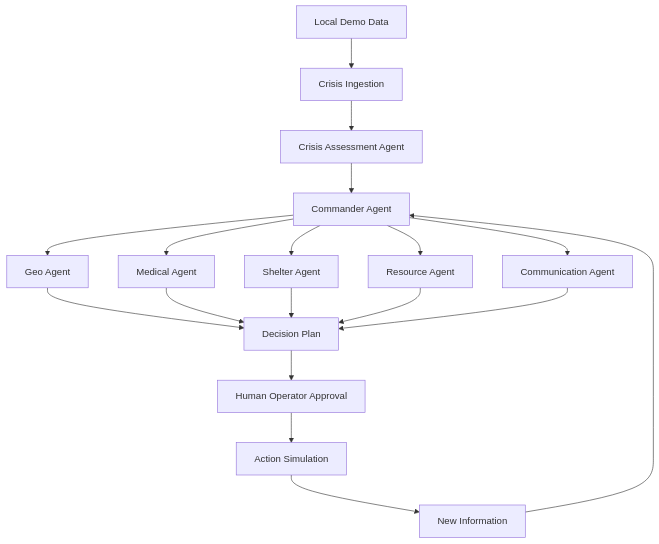
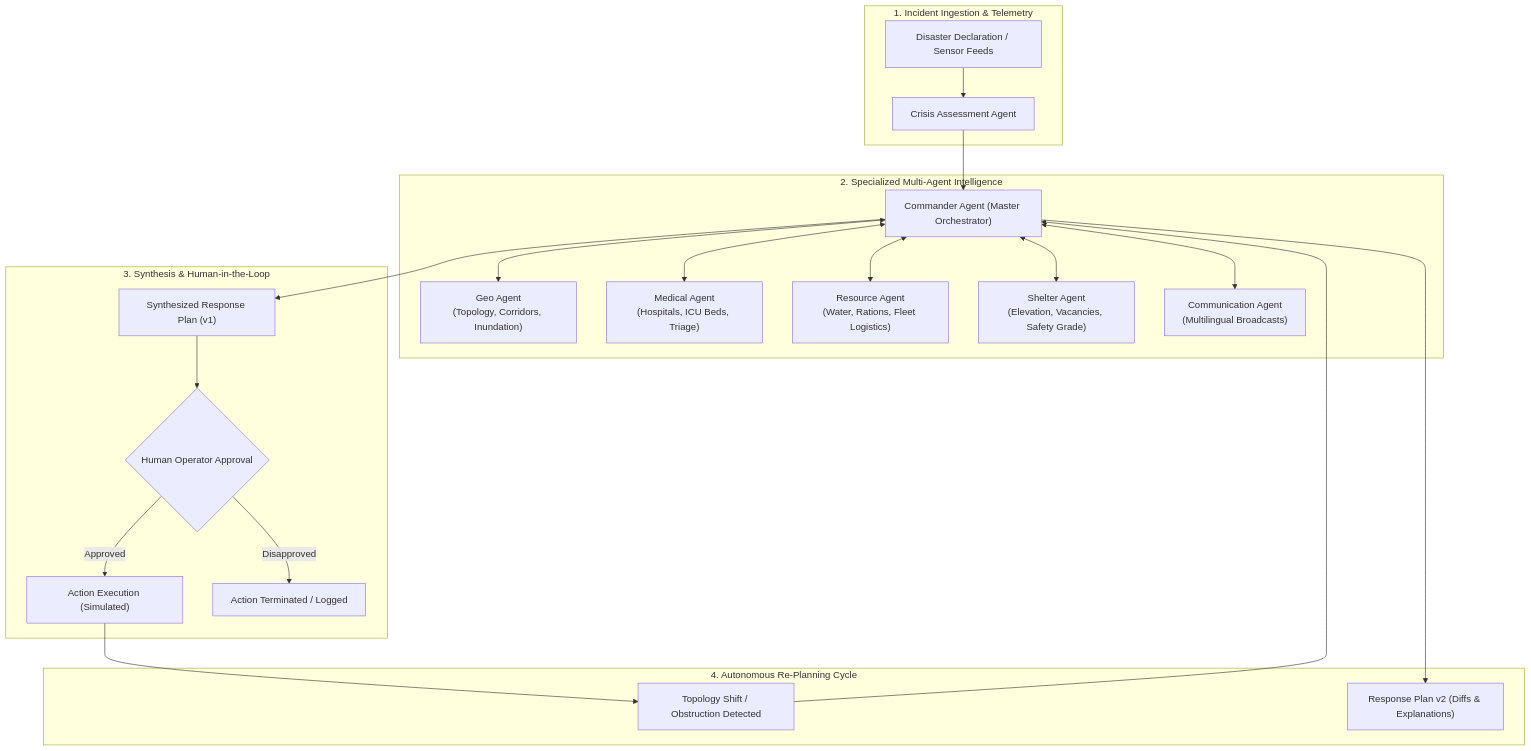
Before and after one commit to kollineha007/crisismind: the diagram in README.md, drawn with Mermaid. The commit also changed other lines of this file and 32 other files, not shown here.

````diff
--- a/README.md
+++ b/README.md
@@ -9,16 +23,28 @@
 ```mermaid
 flowchart TD
-  D[Local Demo Data] --> I[Crisis Ingestion]
-  I --> A[Crisis Assessment Agent]
-  A --> C[Commander Agent]
-  C --> G[Geo Agent]
-  C --> M[Medical Agent]
-  C --> S[Shelter Agent]
-  C --> R[Resource Agent]
-  C --> N[Communication Agent]
-  G & M & S & R & N --> P[Decision Plan]
-  P --> H[Human Operator Approval]
-  H --> X[Action Simulation]
-  X --> E[New Information]
-  E --> C
+    subgraph Ingestion["1. Incident Ingestion & Telemetry"]
+        A["Disaster Declaration / Sensor Feeds"] --> B["Crisis Assessment Agent"]
+    end
+
+    subgraph MultiAgent["2. Specialized Multi-Agent Intelligence"]
+        B --> C["Commander Agent (Master Orchestrator)"]
+        C <--> D["Geo Agent\n(Topology, Corridors, Inundation)"]
+        C <--> E["Medical Agent\n(Hospitals, ICU Beds, Triage)"]
+        C <--> F["Resource Agent\n(Water, Rations, Fleet Logistics)"]
+        C <--> G["Shelter Agent\n(Elevation, Vacancies, Safety Grade)"]
+        C <--> H["Communication Agent\n(Multilingual Broadcasts)"]
+    end
+
+    subgraph Consensus["3. Synthesis & Human-in-the-Loop"]
+        C --> I["Synthesized Response Plan (v1)"]
+        I --> J{"Human Operator Approval"}
+        J -- "Approved" --> K["Action Execution (Simulated)"]
+        J -- "Disapproved" --> L["Action Terminated / Logged"]
+    end
+
+    subgraph Replan["4. Autonomous Re-Planning Cycle"]
+        K --> M["Topology Shift / Obstruction Detected"]
+        M --> C
+        C --> N["Response Plan v2 (Diffs & Explanations)"]
+    end
 ```
````
